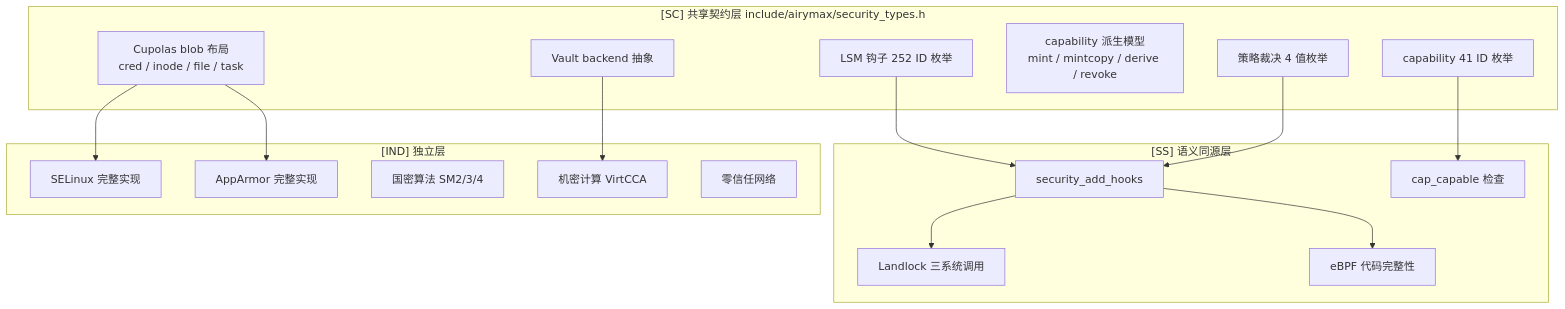
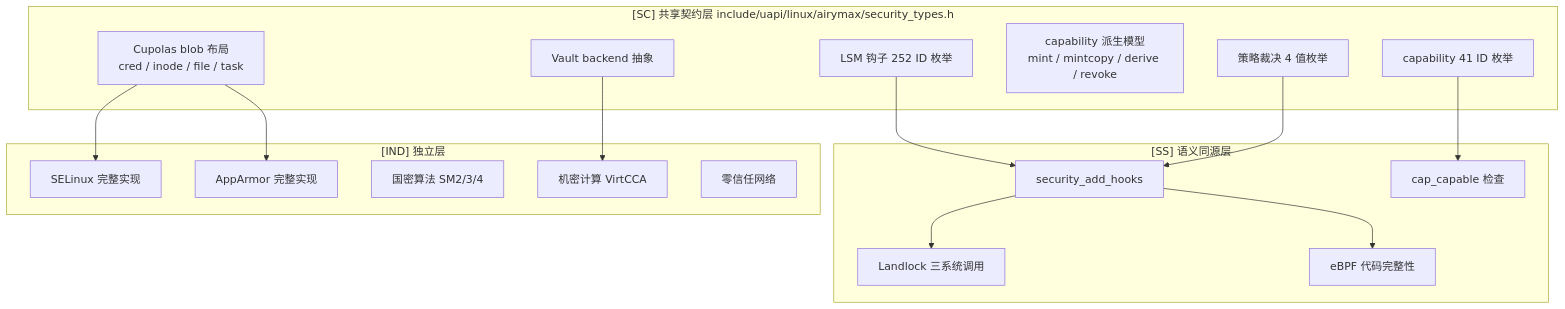
Before and after one commit to openairymax/docs-linux: the first of 2 diagrams in 20-modules/03-security.md, drawn with Mermaid. The commit also changed other lines of this file and 125 other files, not shown here.

Commit message:
docs: 更新所有文档中的SC头文件路径到uapi/linux目录 统一修正所有文档中引用的[SC]共享契约层头文件路径，将原`include/airymax/`统一更新为符合Linux内核UAPI规范的`include/uapi/linux/airymax/`路径，确保文档与实际代码布局一致。

````diff
--- a/20-modules/03-security.md
+++ b/20-modules/03-security.md
@@ -173,32 +178,32 @@
 ```mermaid
 graph TD
-    subgraph SC["[SC] 共享契约层 include/airymax/security_types.h"]
+    subgraph SC["[SC] 共享契约层 include/uapi/linux/airymax/security_types.h"]
         CAP[capability 41 ID 枚举]
         LSM[LSM 钩子 252 ID 枚举]
         BLOB[Cupolas blob 布局<br/>cred / inode / file / task]
         DERIVE[capability 派生模型<br/>mint / mintcopy / derive / revoke]
         VAULT[Vault backend 抽象]
         VERDICT[策略裁决 4 值枚举]
     end
     subgraph SS["[SS] 语义同源层"]
         SECHOOKS[security_add_hooks]
         LANDLOCK[Landlock 三系统调用]
         EBPFSIGN[eBPF 代码完整性]
         CAPCHECK[cap_capable 检查]
     end
     subgraph IND["[IND] 独立层"]
         SELINUX[SELinux 完整实现]
         APPARMOR[AppArmor 完整实现]
         CRYPTO[国密算法 SM2/3/4]
         CONFCOMP[机密计算 VirtCCA]
         ZEROTRUST[零信任网络]
     end
     CAP --> CAPCHECK
     LSM --> SECHOOKS
     BLOB --> SELINUX
     BLOB --> APPARMOR
     VAULT --> CONFCOMP
     VERDICT --> SECHOOKS
     SECHOOKS --> LANDLOCK
     SECHOOKS --> EBPFSIGN
 ```
````
